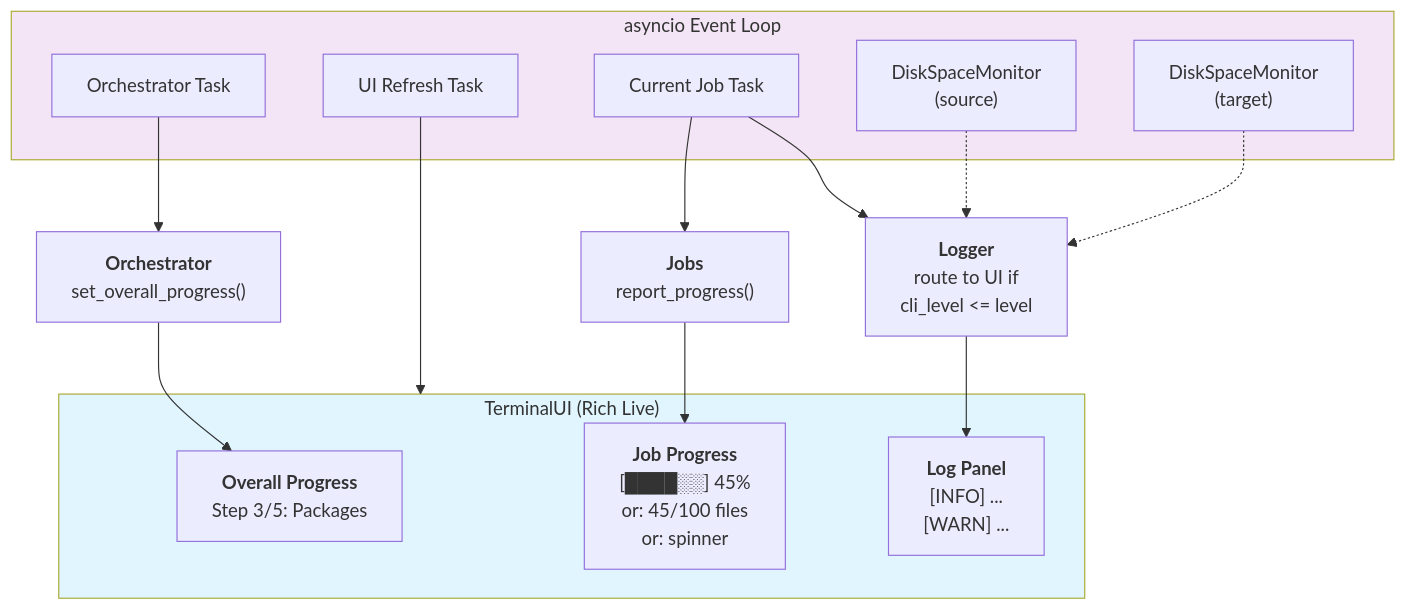
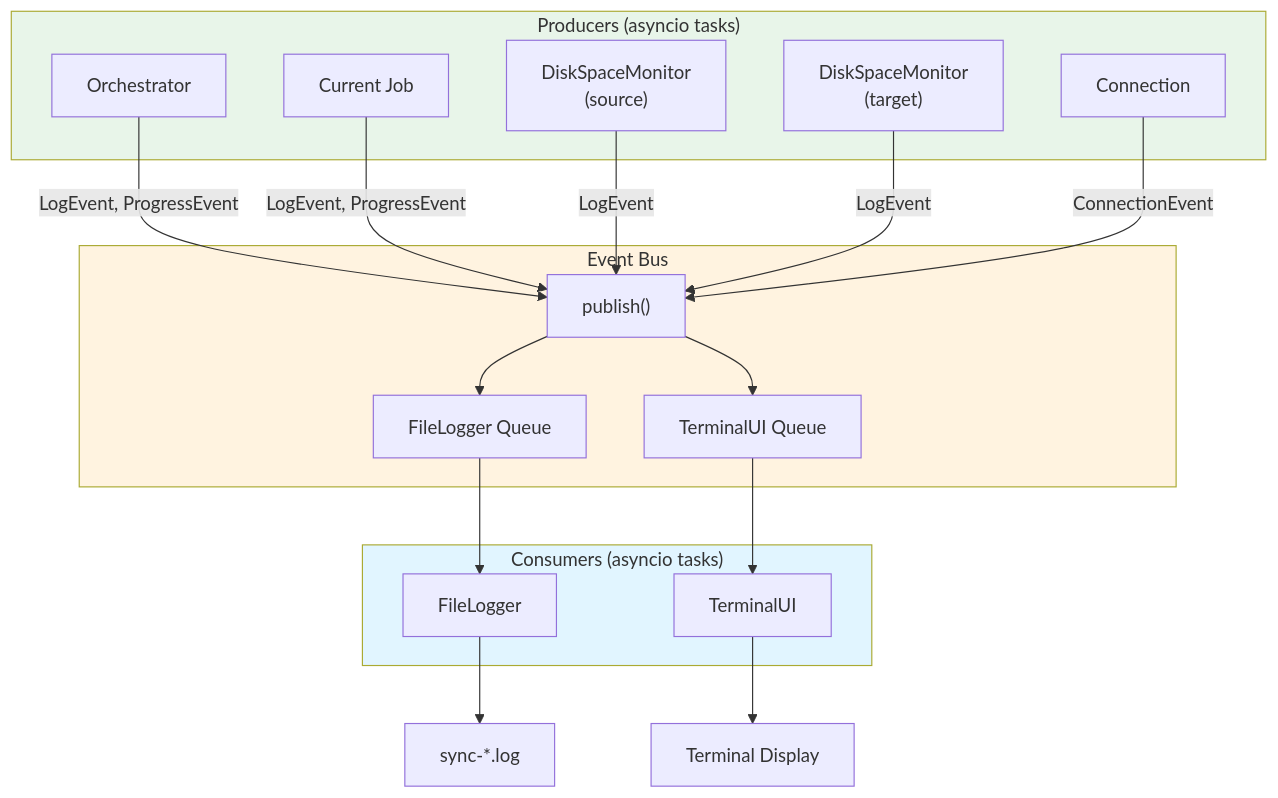
Diagram 12 of 13 in specs/001-foundation/architecture-claude.md (flaksit/pc-switcher), drawn with Mermaid before and after one commit. The commit also changed other lines of this file and 3 other files, not shown here.

````diff
--- a/specs/001-foundation/architecture-claude.md
+++ b/specs/001-foundation/architecture-claude.md
@@ -640,34 +762,40 @@
 ```mermaid
 graph TD
-    subgraph TerminalUI ["TerminalUI (Rich Live)"]
-        OverallProgress["<b>Overall Progress</b><br/>Step 3/5: Packages"]
-        JobProgress["<b>Job Progress</b><br/>[████░░] 45%<br/>or: 45/100 files<br/>or: spinner"]
-        LogPanel["<b>Log Panel</b><br/>[INFO] ...<br/>[WARN] ..."]
+    subgraph Producers ["Producers (asyncio tasks)"]
+        OrchestratorTask["Orchestrator"]
+        JobTask["Current Job"]
+        DiskMonSourceTask["DiskSpaceMonitor<br/>(source)"]
+        DiskMonTargetTask["DiskSpaceMonitor<br/>(target)"]
+        ConnTask["Connection"]
     end
 
-    subgraph EventLoop ["asyncio Event Loop"]
-        OrchestratorTask["Orchestrator Task"]
-        JobTask["Current Job Task"]
-        DiskMonSourceTask["DiskSpaceMonitor<br/>(source)"]
-        DiskMonTargetTask["DiskSpaceMonitor<br/>(target)"]
-        UIRefreshTask["UI Refresh Task"]
+    subgraph EventBus ["Event Bus"]
+        Publish["publish()"]
+        FLQ["FileLogger Queue"]
+        UIQ["TerminalUI Queue"]
     end
 
-    Orchestrator["<b>Orchestrator</b><br/>set_overall_progress()"]
-    Jobs["<b>Jobs</b><br/>report_progress()"]
-    Logger["<b>Logger</b><br/>route to UI if<br/>cli_level <= level"]
+    subgraph Consumers ["Consumers (asyncio tasks)"]
+        FileLogger["FileLogger"]
+        TerminalUI["TerminalUI"]
+    end
 
-    Orchestrator --> OverallProgress
-    Jobs --> JobProgress
-    Logger --> LogPanel
+    OrchestratorTask -->|LogEvent, ProgressEvent| Publish
+    JobTask -->|LogEvent, ProgressEvent| Publish
+    DiskMonSourceTask -->|LogEvent| Publish
+    DiskMonTargetTask -->|LogEvent| Publish
+    ConnTask -->|ConnectionEvent| Publish
 
-    OrchestratorTask --> Orchestrator
-    JobTask --> Jobs
-    JobTask --> Logger
-    DiskMonSourceTask -.-> Logger
-    DiskMonTargetTask -.-> Logger
-    UIRefreshTask --> TerminalUI
+    Publish --> FLQ
+    Publish --> UIQ
 
-    style TerminalUI fill:#e1f5ff
-    style EventLoop fill:#f3e5f5
+    FLQ --> FileLogger
+    UIQ --> TerminalUI
+
+    FileLogger --> LogFile["sync-*.log"]
+    TerminalUI --> Terminal["Terminal Display"]
+
+    style EventBus fill:#fff3e0
+    style Producers fill:#e8f5e9
+    style Consumers fill:#e1f5ff
 ```
````
